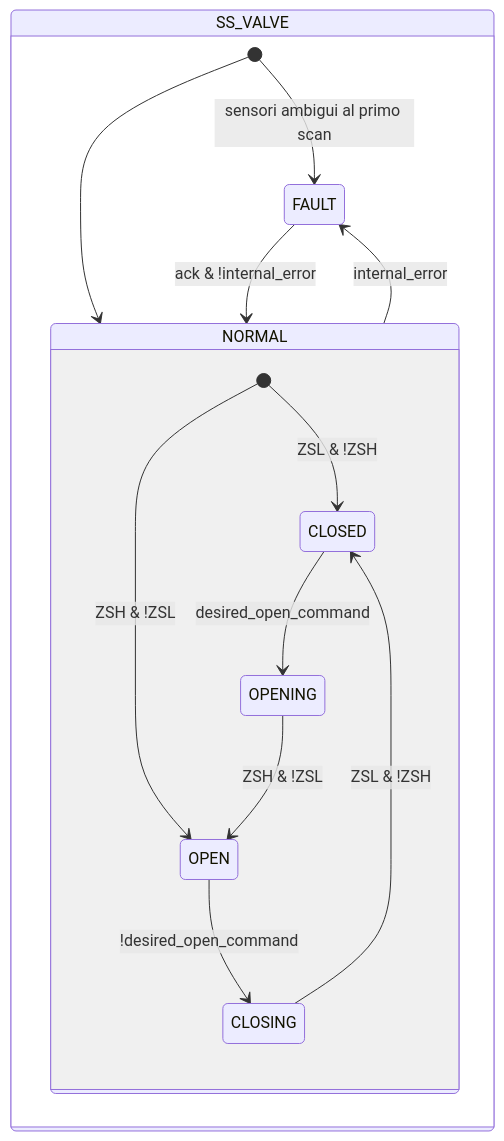
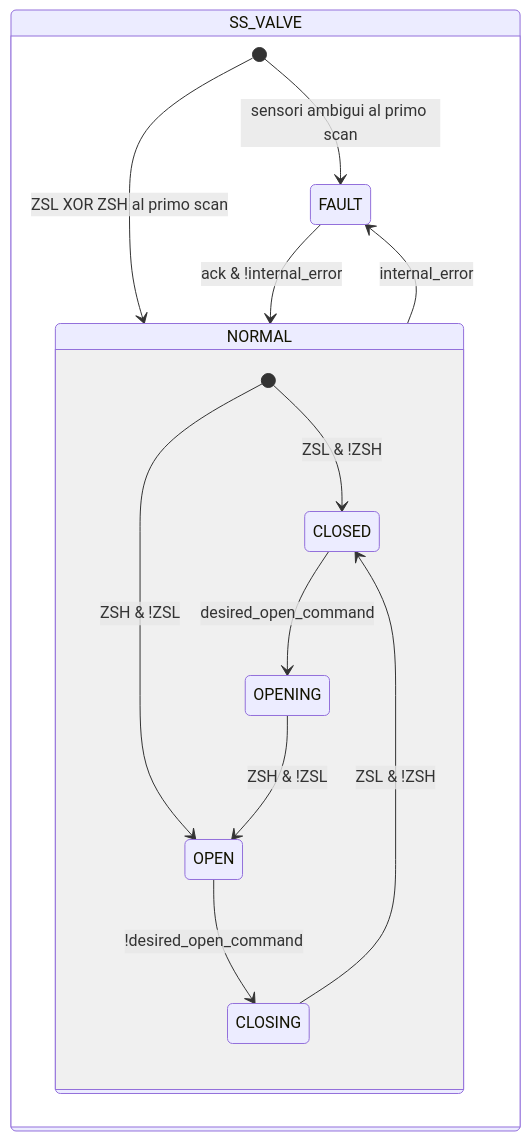
One commit to AleFire99/TIA_knowledge changed the second of 2 diagrams in docs/it/library/valves/butterfly/single_solenoid/index.md. Above: the diagram before and after it, drawn with Mermaid. The commit also changed 17 other files, not shown here.

````diff
--- a/docs/it/library/valves/butterfly/single_solenoid/index.md
+++ b/docs/it/library/valves/butterfly/single_solenoid/index.md
@@ -105,20 +105,20 @@
 ```mermaid
 stateDiagram-v2
 state SS_VALVE{
-    [*] --> NORMAL
+    [*] --> NORMAL : ZSL XOR ZSH al primo scan
     [*] --> FAULT : sensori ambigui al primo scan
 
     NORMAL --> FAULT : internal_error
     FAULT --> NORMAL : ack & !internal_error
 
     state NORMAL {
         [*] --> CLOSED : ZSL & !ZSH
         [*] --> OPEN : ZSH & !ZSL
 
         CLOSED --> OPENING : desired_open_command
         OPENING --> OPEN : ZSH & !ZSL
         OPEN --> CLOSING : !desired_open_command
         CLOSING --> CLOSED : ZSL & !ZSH
     }
 }
 ```
````
